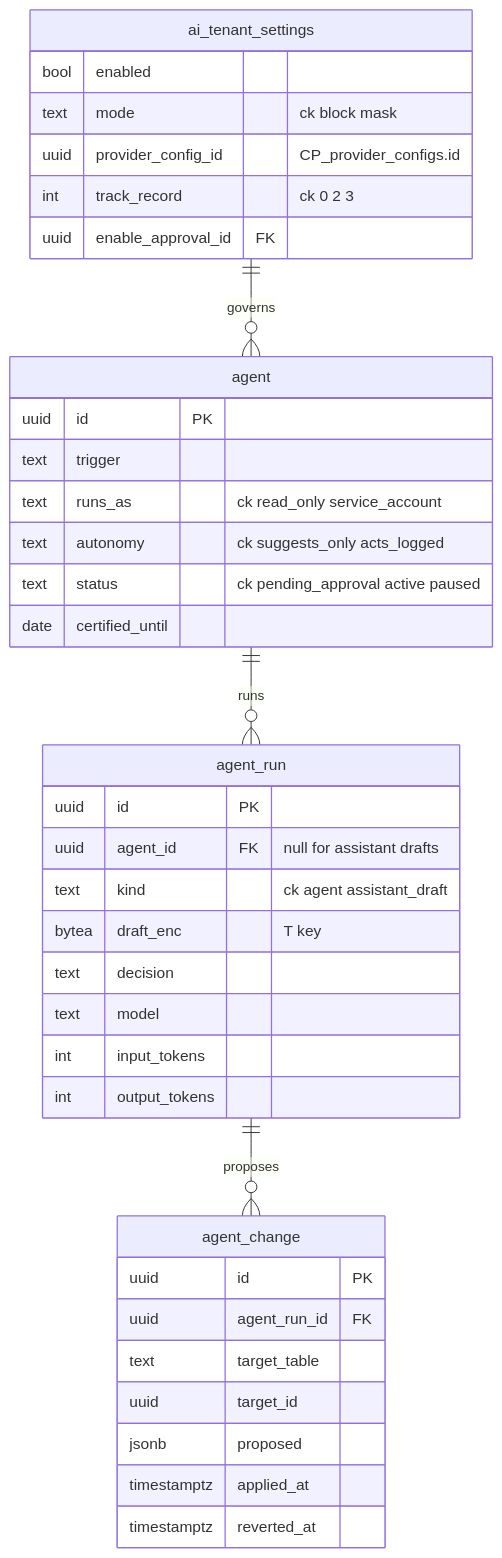
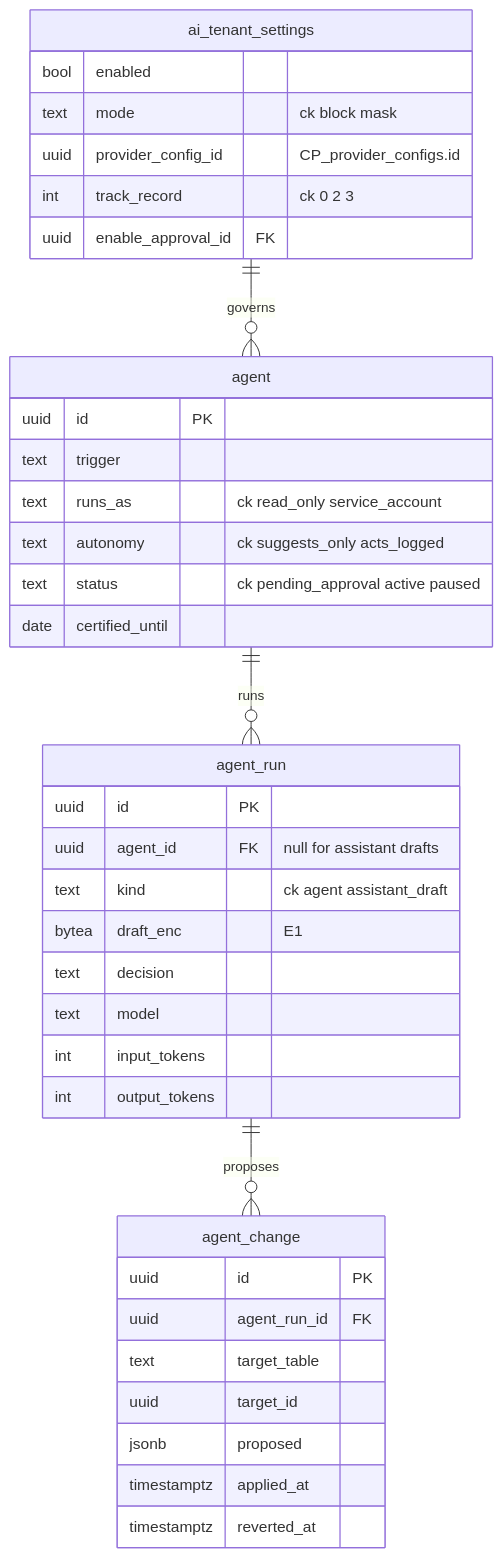
Diagram 19 of 27 in docs/architecture/backend-v2/phase2/2B-data-model.md (ShahidCS/Selvara), drawn with Mermaid before and after one commit. The commit also changed other lines of this file and 8 other files, not shown here.

First line of the commit message:
docs(backend-v2): phase 3 revisions in progress (architecture, data model, registers)

````diff
--- a/docs/architecture/backend-v2/phase2/2B-data-model.md
+++ b/docs/architecture/backend-v2/phase2/2B-data-model.md
@@ -1487,40 +1492,40 @@
 ```mermaid
 erDiagram
   ai_tenant_settings ||--o{ agent : "governs"
   agent ||--o{ agent_run : runs
   agent_run ||--o{ agent_change : proposes
   ai_tenant_settings {
     bool enabled
     text mode "ck block mask"
     uuid provider_config_id "CP_provider_configs.id"
     int track_record "ck 0 2 3"
     uuid enable_approval_id FK
   }
   agent {
     uuid id PK
     text trigger
     text runs_as "ck read_only service_account"
     text autonomy "ck suggests_only acts_logged"
     text status "ck pending_approval active paused"
     date certified_until
   }
   agent_run {
     uuid id PK
     uuid agent_id FK "null for assistant drafts"
     text kind "ck agent assistant_draft"
-    bytea draft_enc "T key"
+    bytea draft_enc "E1"
     text decision
     text model
     int input_tokens
     int output_tokens
   }
   agent_change {
     uuid id PK
     uuid agent_run_id FK
     text target_table
     uuid target_id
     jsonb proposed
     timestamptz applied_at
     timestamptz reverted_at
   }
 ```
````
